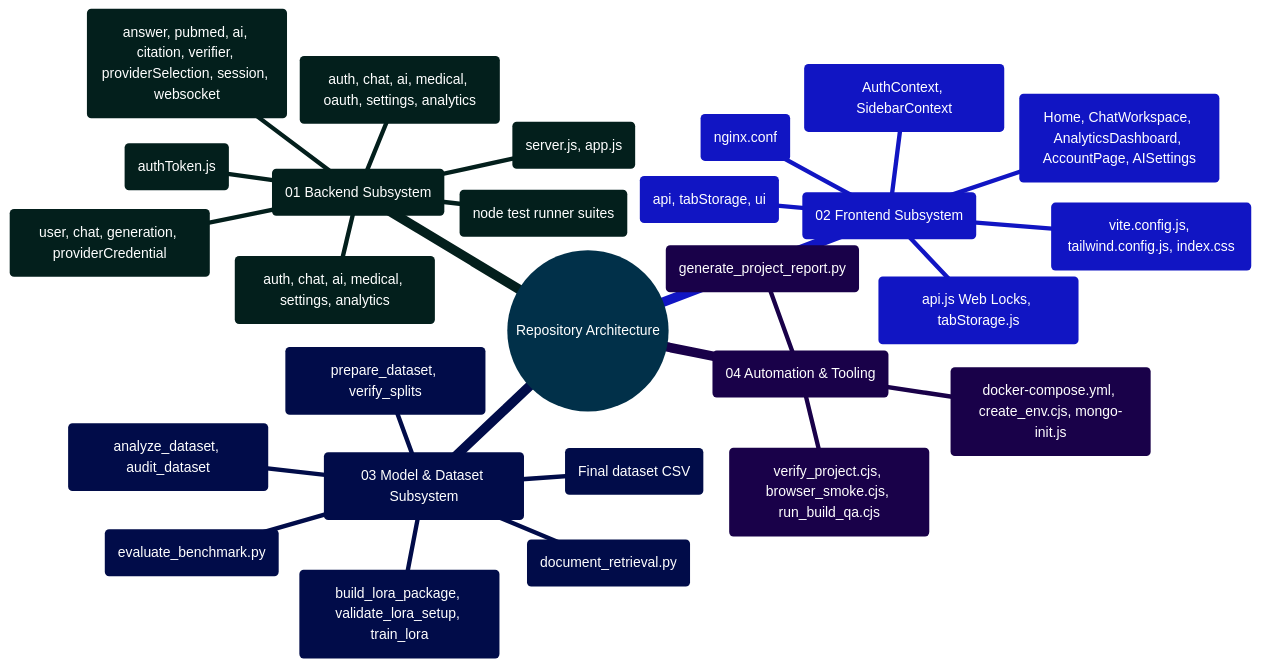
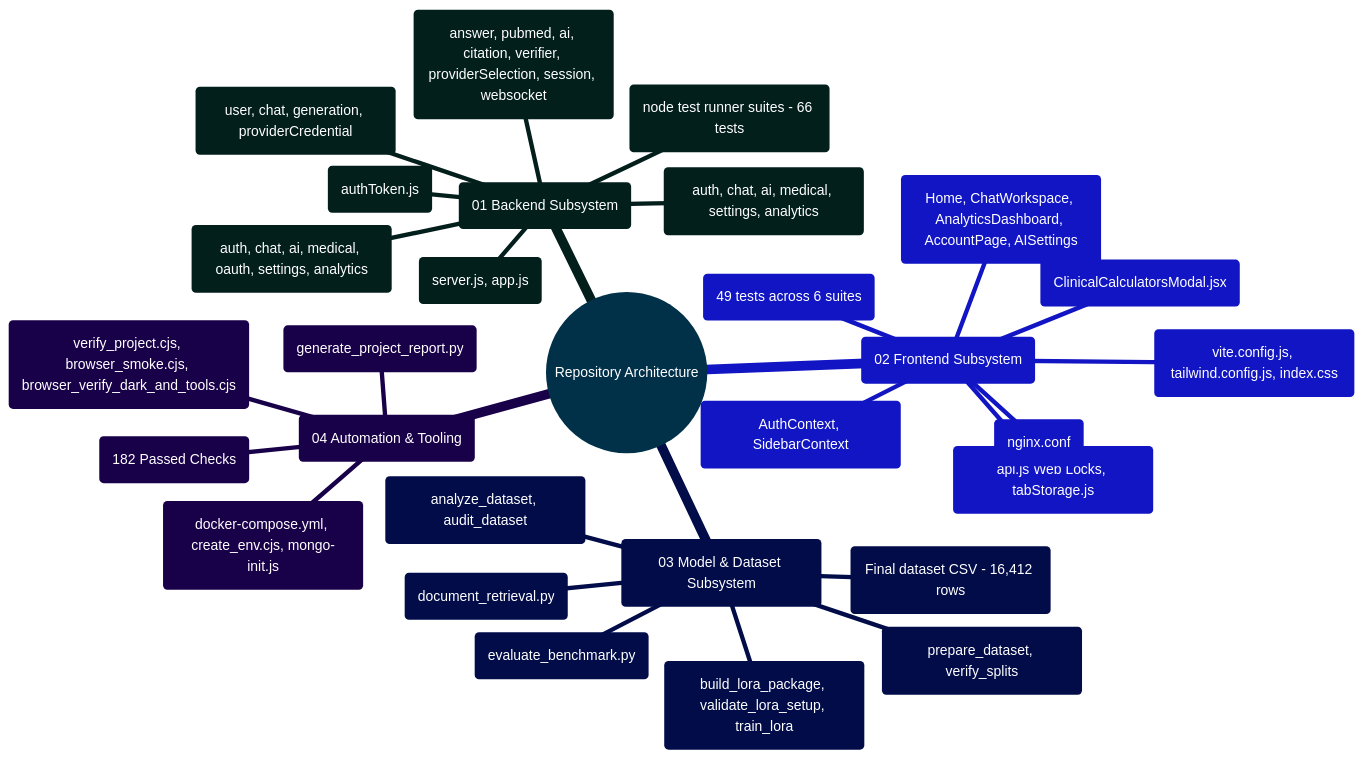
One commit to Ganesh172919/React-App-LLM changed the diagram in docs/COMPLETE_FILE_DIRECTORY_REFERENCE.md. Above: the diagram before and after it, drawn with Mermaid. The commit also changed other lines of this file, not shown here.

````diff
--- a/docs/COMPLETE_FILE_DIRECTORY_REFERENCE.md
+++ b/docs/COMPLETE_FILE_DIRECTORY_REFERENCE.md
@@ -223,32 +224,34 @@
 ```mermaid
 %%{init: {'theme': 'base', 'themeVariables': { 'primaryColor': '#0284c7', 'primaryTextColor': '#ffffff', 'primaryBorderColor': '#0369a1', 'lineColor': '#0284c7', 'secondaryColor': '#0d9488', 'tertiaryColor': '#6366f1' }}}%%
 mindmap
   root((Repository Architecture))
     ::icon(fa fa-folder-open)
     (01 Backend Subsystem)
       Server & App Factory (server.js, app.js)
       Controllers (auth, chat, ai, medical, oauth, settings, analytics)
       Middleware (authToken.js)
       Mongoose Models (user, chat, generation, providerCredential)
       Routes (auth, chat, ai, medical, settings, analytics)
       Services (answer, pubmed, ai, citation, verifier, providerSelection, session, websocket)
-      Automated Tests (node test runner suites)
+      Automated Tests (node test runner suites - 66 tests)
     (02 Frontend Subsystem)
       Core Views (Home, ChatWorkspace, AnalyticsDashboard, AccountPage, AISettings)
       Context Providers (AuthContext, SidebarContext)
       Client Utilities (api.js Web Locks, tabStorage.js)
+      13 Clinical Calculators (ClinicalCalculatorsModal.jsx)
       Vite & Tailwind (vite.config.js, tailwind.config.js, index.css)
       Nginx Configuration (nginx.conf)
-      Vitest Test Suites (api, tabStorage, ui)
+      Vitest Test Suites (49 tests across 6 suites)
     (03 Model & Dataset Subsystem)
-      Source Data (Final dataset CSV)
+      Source Data (Final dataset CSV - 16,412 rows)
       Dataset Profilers (analyze_dataset, audit_dataset)
       Dataset Preparation (prepare_dataset, verify_splits)
       Offline Semantic Search (document_retrieval.py)
       Benchmark Analysis (evaluate_benchmark.py)
       LoRA Package (build_lora_package, validate_lora_setup, train_lora)
     (04 Automation & Tooling)
       Docker Compose & Deployment (docker-compose.yml, create_env.cjs, mongo-init.js)
-      Test Automation (verify_project.cjs, browser_smoke.cjs, run_build_qa.cjs)
+      Test Automation (verify_project.cjs, browser_smoke.cjs, browser_verify_dark_and_tools.cjs)
       PDF Report Generator (generate_project_report.py)
+      Master Quality Verification (182 Passed Checks)
 ```
````
